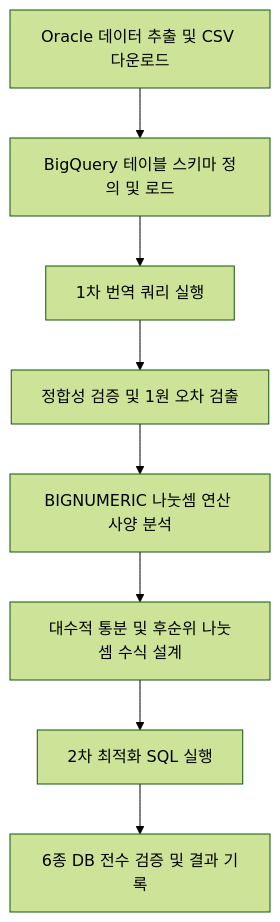
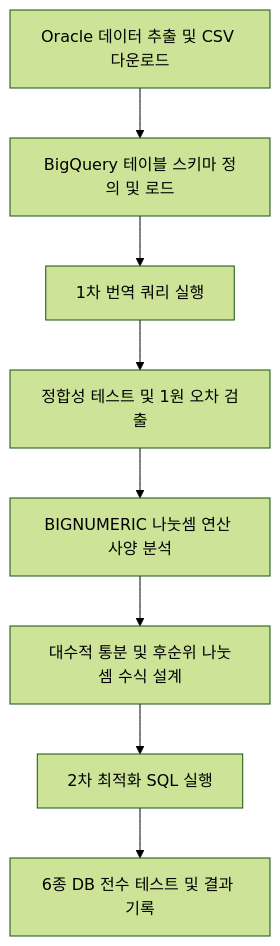
Before and after one commit to hajekim/hajekim.github.io: the first of 2 diagrams in _posts/2026-06-02-financial-settlement-db-precision-guide.md, drawn with Mermaid (forest theme). The commit also changed other lines of this file, not shown here.

First line of the commit message:
refactor: replace 검증 with 테스트/최적화 쿼리 for consistent terminology

````diff
--- a/_posts/2026-06-02-financial-settlement-db-precision-guide.md
+++ b/_posts/2026-06-02-financial-settlement-db-precision-guide.md
@@ -43,10 +40,10 @@
 ```mermaid
 graph TD
     A[Oracle 데이터 추출 및 CSV 다운로드] --> B[BigQuery 테이블 스키마 정의 및 로드]
     B --> C[1차 번역 쿼리 실행]
-    C --> D[정합성 검증 및 1원 오차 검출]
+    C --> D[정합성 테스트 및 1원 오차 검출]
     D --> E[BIGNUMERIC 나눗셈 연산 사양 분석]
     E --> F[대수적 통분 및 후순위 나눗셈 수식 설계]
     F --> G[2차 최적화 SQL 실행]
-    G --> H[6종 DB 전수 검증 및 결과 기록]
+    G --> H[6종 DB 전수 테스트 및 결과 기록]
 ```
````
